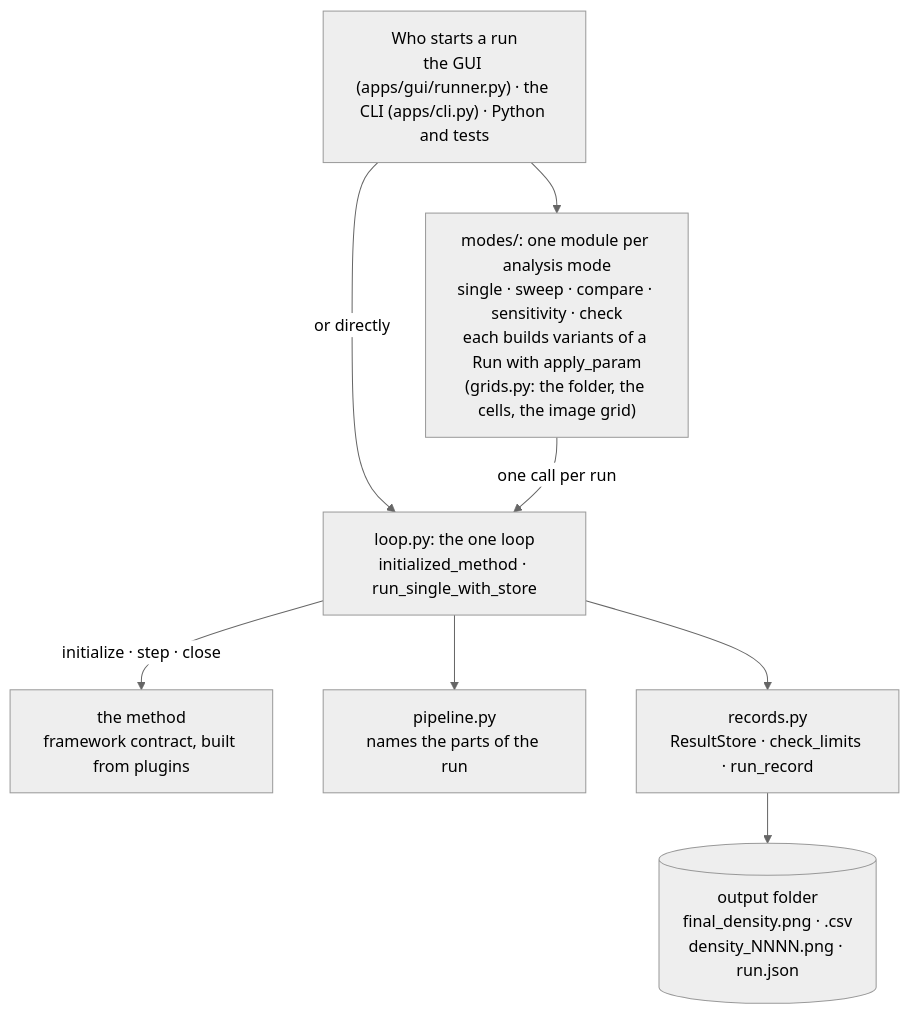
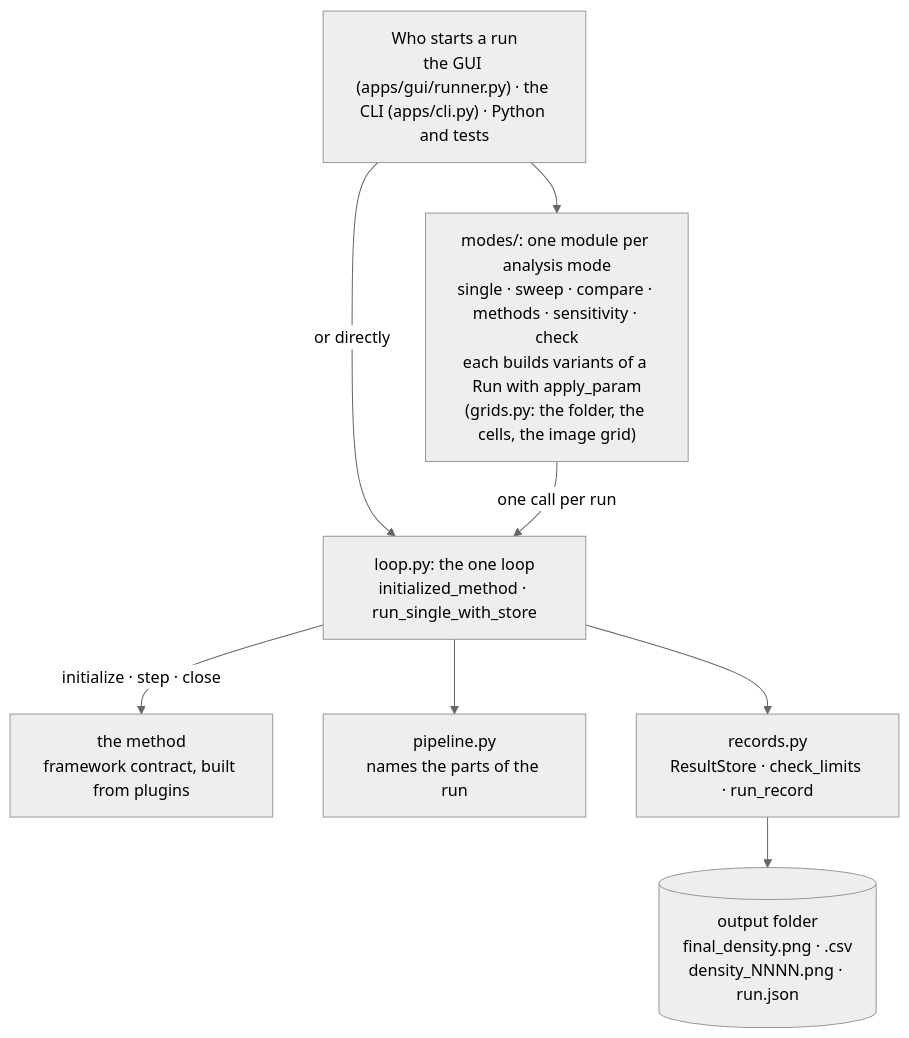
The first of 3 diagrams in toporia/engine/README.md (Toporia/Toporia-launcher), drawn with Mermaid (neutral theme) before and after one commit. The commit also changed other lines of this file and 17 other files, not shown here.

````diff
--- a/toporia/engine/README.md
+++ b/toporia/engine/README.md
@@ -30,18 +31,18 @@
 ```mermaid
 flowchart TB
     callers["Who starts a run<br/>the GUI (apps/gui/runner.py) · the CLI (apps/cli.py) · Python and tests"]
-    modes["modes/: one module per analysis mode<br/>single · sweep · compare · sensitivity · check<br/>each builds variants of a Run with apply_param<br/>(grids.py: the folder, the cells, the image grid)"]
+    modes["modes/: one module per analysis mode<br/>single · sweep · compare · methods · sensitivity · check<br/>each builds variants of a Run with apply_param<br/>(grids.py: the folder, the cells, the image grid)"]
     loop["loop.py: the one loop<br/>initialized_method · run_single_with_store"]
     method["the method<br/>framework contract, built from plugins"]
     pipeline["pipeline.py<br/>names the parts of the run"]
     records["records.py<br/>ResultStore · check_limits · run_record"]
     disk[("output folder<br/>final_density.png · .csv<br/>density_NNNN.png · run.json")]
 
     callers --> modes
     callers -- "or directly" --> loop
     modes -- "one call per run" --> loop
     loop -- "initialize · step · close" --> method
     loop --> pipeline
     loop --> records
     records --> disk
 ```
````
